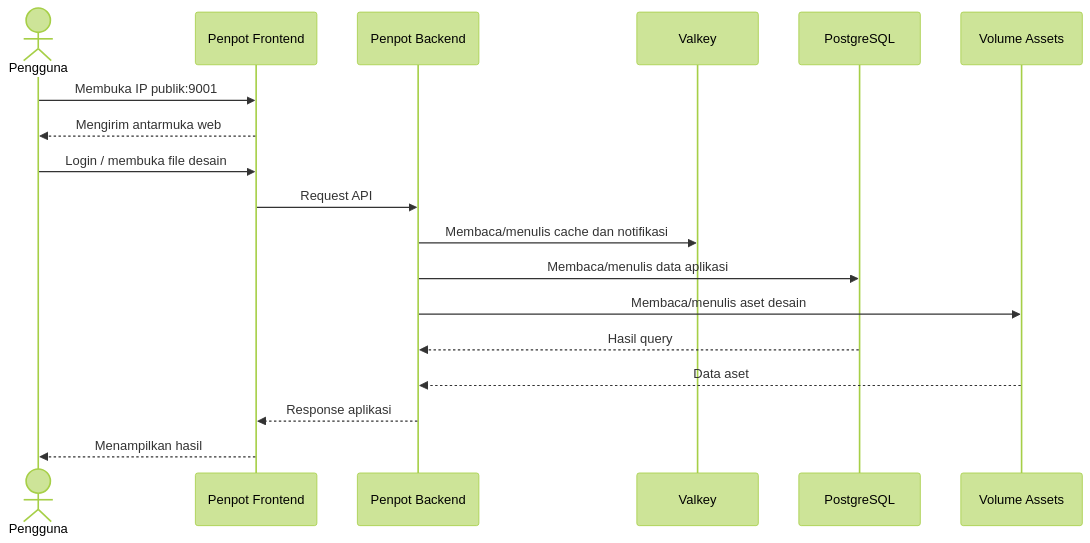
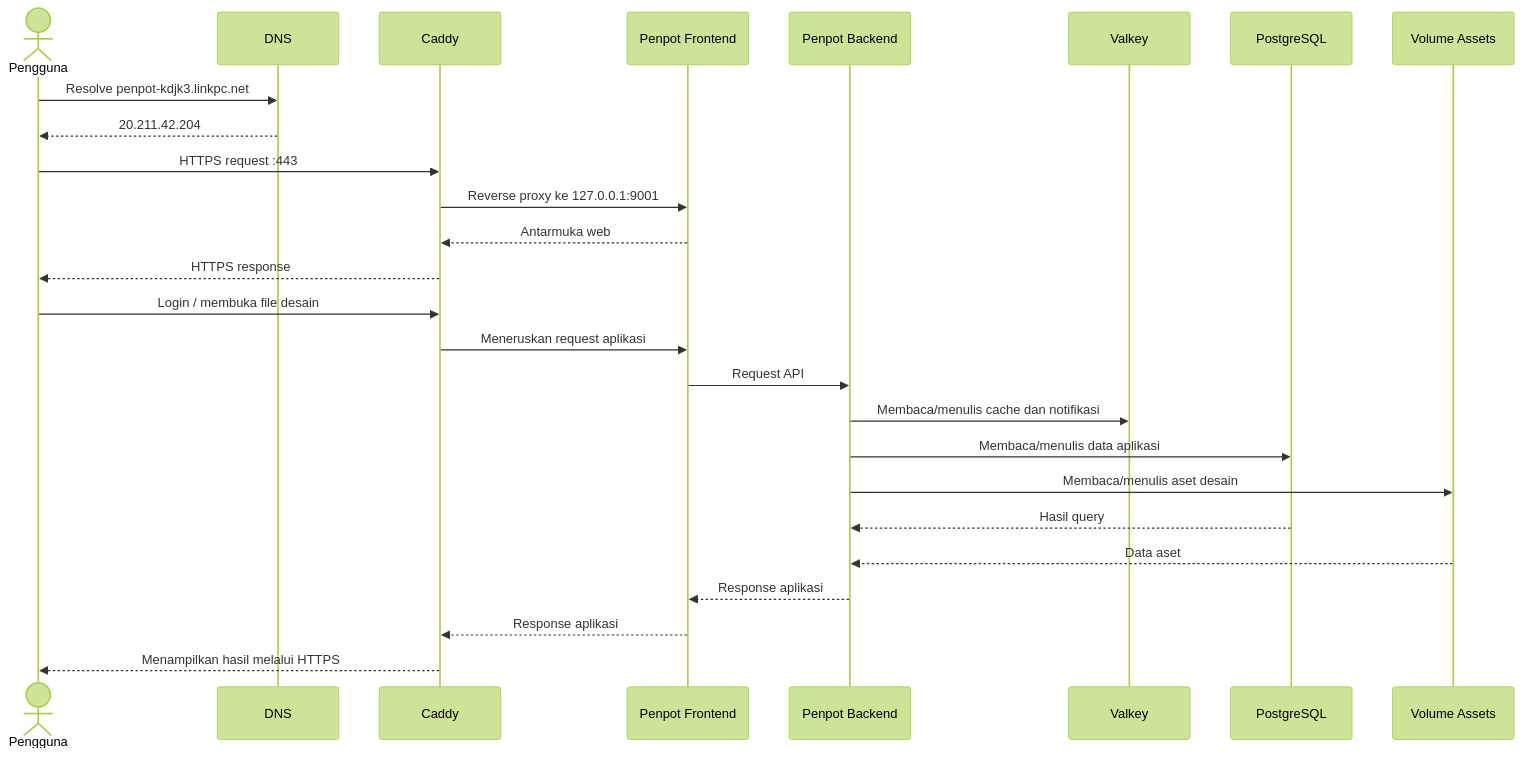
One commit to nvrzqy/penpot changed the third of 5 diagrams in docs/report.md. Above: the diagram before and after it, drawn with Mermaid (forest theme). The commit also changed other lines of this file and 4 other files, not shown here.

Commit message:
docs: document DNS Caddy and HTTPS deployment

````diff
--- a/docs/report.md
+++ b/docs/report.md
@@ -266,21 +292,29 @@
 ```mermaid
 sequenceDiagram
     actor U as Pengguna
+    participant D as DNS
+    participant C as Caddy
     participant F as Penpot Frontend
     participant B as Penpot Backend
     participant V as Valkey
     participant P as PostgreSQL
     participant A as Volume Assets
 
-    U->>F: Membuka IP publik:9001
-    F-->>U: Mengirim antarmuka web
-    U->>F: Login / membuka file desain
+    U->>D: Resolve penpot-kdjk3.linkpc.net
+    D-->>U: 20.211.42.204
+    U->>C: HTTPS request :443
+    C->>F: Reverse proxy ke 127.0.0.1:9001
+    F-->>C: Antarmuka web
+    C-->>U: HTTPS response
+    U->>C: Login / membuka file desain
+    C->>F: Meneruskan request aplikasi
     F->>B: Request API
     B->>V: Membaca/menulis cache dan notifikasi
     B->>P: Membaca/menulis data aplikasi
     B->>A: Membaca/menulis aset desain
     P-->>B: Hasil query
     A-->>B: Data aset
     B-->>F: Response aplikasi
-    F-->>U: Menampilkan hasil
+    F-->>C: Response aplikasi
+    C-->>U: Menampilkan hasil melalui HTTPS
 ```
````
